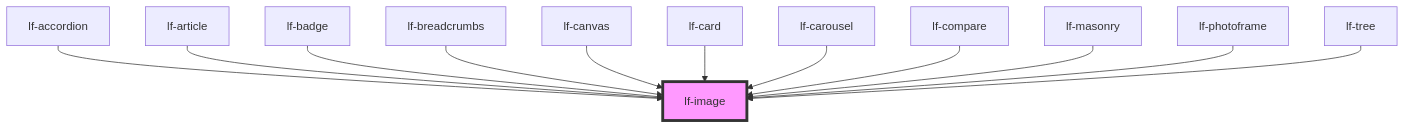
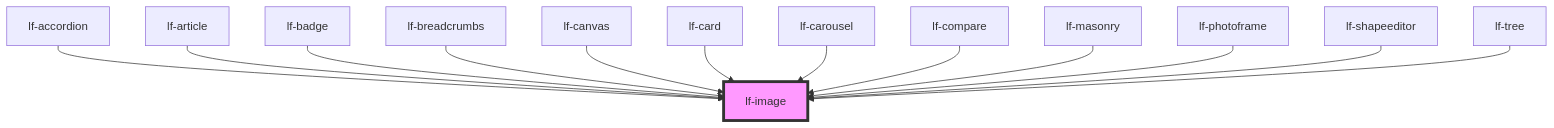
Before and after one commit to lucafoscili/lf-widgets: the diagram in packages/core/src/components/lf-image/readme.md, drawn with Mermaid. The commit also changed other lines of this file and 27 other files, not shown here.

````diff
--- a/packages/core/src/components/lf-image/readme.md
+++ b/packages/core/src/components/lf-image/readme.md
@@ -121,15 +122,16 @@
 ```mermaid
 graph TD;
   lf-accordion --> lf-image
   lf-article --> lf-image
   lf-badge --> lf-image
   lf-breadcrumbs --> lf-image
   lf-canvas --> lf-image
   lf-card --> lf-image
   lf-carousel --> lf-image
   lf-compare --> lf-image
   lf-masonry --> lf-image
   lf-photoframe --> lf-image
+  lf-shapeeditor --> lf-image
   lf-tree --> lf-image
   style lf-image fill:#f9f,stroke:#333,stroke-width:4px
 ```
````
